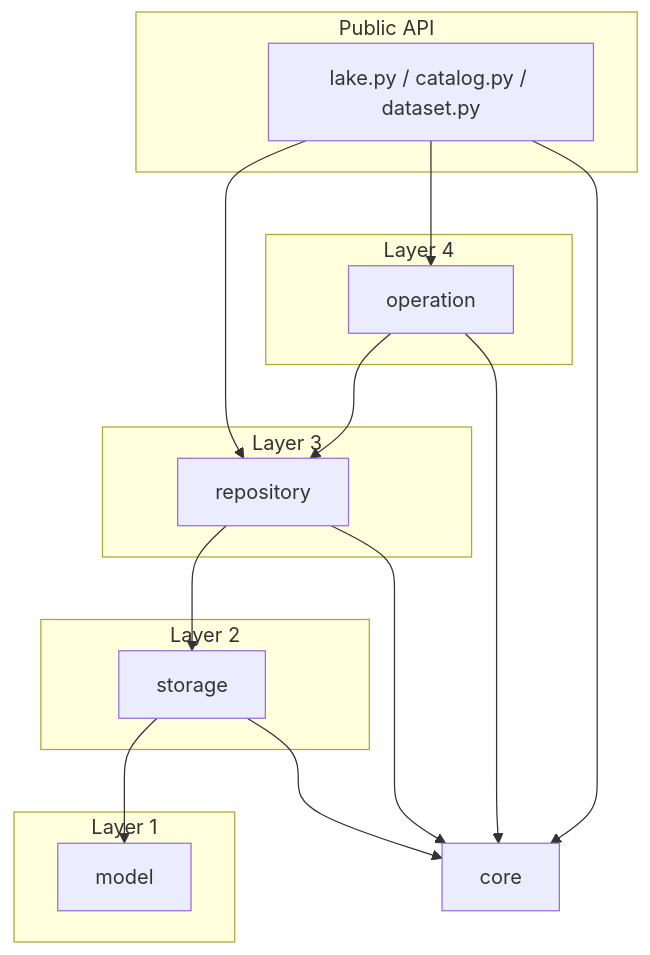
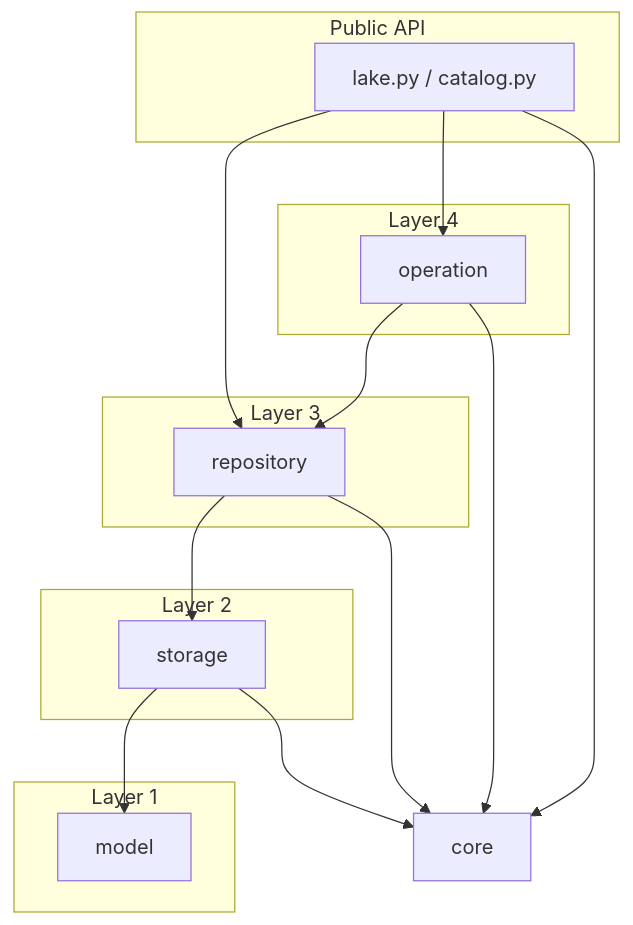
The first of 2 diagrams in docs/architecture.md (openaleph/ftm-lakehouse), drawn with Mermaid before and after one commit. The commit also changed other lines of this file and 22 other files, not shown here.

````diff
--- a/docs/architecture.md
+++ b/docs/architecture.md
@@ -28,34 +13,34 @@
 ```mermaid
 flowchart TD
     subgraph Public["Public API"]
-        API["lake.py / catalog.py / dataset.py"]
+        API["lake.py / catalog.py"]
     end
 
     subgraph Layer4["Layer 4"]
         OP[operation]
     end
 
     subgraph Layer3["Layer 3"]
         REPO[repository]
     end
 
     subgraph Layer2["Layer 2"]
         STORE[storage]
     end
 
     subgraph Layer1["Layer 1"]
         MODEL[model]
     end
 
     CORE[core]
 
     API --> REPO
     API --> OP
     API --> CORE
     OP --> REPO
     OP --> CORE
     REPO --> STORE
     REPO --> CORE
     STORE --> MODEL
     STORE --> CORE
 ```
````
